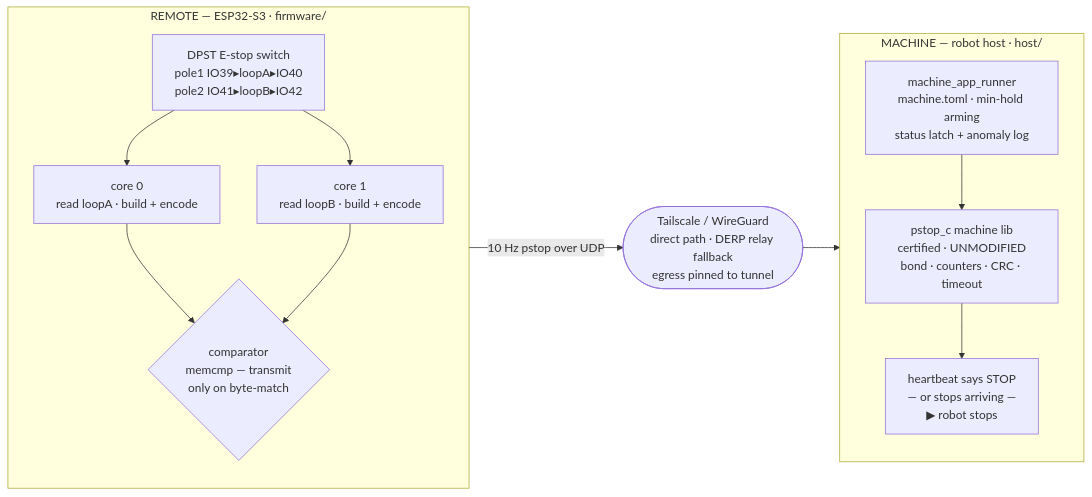
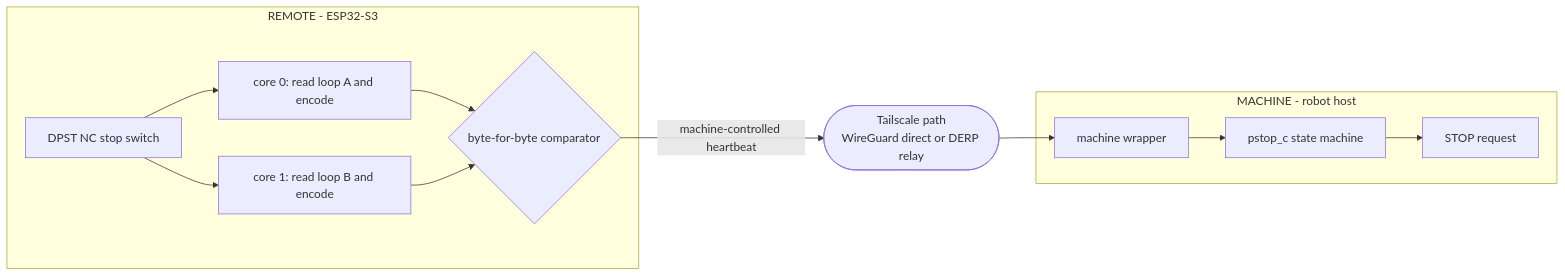
One commit to polymathrobotics/protective-stop changed the diagram in README.md. Above: the diagram before and after it, drawn with Mermaid. The commit also changed other lines of this file and 22 other files, not shown here.

````diff
--- a/README.md
+++ b/README.md
@@ -47,24 +38,22 @@
 ```mermaid
 flowchart LR
-    subgraph REMOTE["REMOTE — ESP32-S3 · firmware/"]
-        direction TB
-        SW["DPST E-stop switch<br/>pole1 IO39▸loopA▸IO40<br/>pole2 IO41▸loopB▸IO42"]
-        C0["core 0<br/>read loopA · build + encode"]
-        C1["core 1<br/>read loopB · build + encode"]
-        CMP{"comparator<br/>memcmp — transmit<br/>only on byte-match"}
+    subgraph REMOTE["REMOTE - ESP32-S3"]
+        SW["DPST NC stop switch"]
+        C0["core 0: read loop A and encode"]
+        C1["core 1: read loop B and encode"]
+        CMP{"byte-for-byte comparator"}
         SW --> C0 --> CMP
         SW --> C1 --> CMP
     end
 
-    NET(["Tailscale / WireGuard<br/>direct path · DERP relay fallback<br/>egress pinned to tunnel"])
+    NET(["Tailscale path<br/>WireGuard direct or DERP relay"])
 
-    subgraph MACHINE["MACHINE — robot host · host/"]
-        direction TB
-        WRAP["machine_app_runner<br/>machine.toml · min-hold arming<br/>status latch + anomaly log"]
-        LIB["pstop_c machine lib<br/>certified · UNMODIFIED<br/>bond · counters · CRC · timeout"]
-        STOP["heartbeat says STOP<br/>— or stops arriving —<br/>▶ robot stops"]
-        WRAP --> LIB --> STOP
+    subgraph MACHINE["MACHINE - robot host"]
+        APP["machine wrapper"]
+        LIB["pstop_c state machine"]
+        STOP["STOP request"]
+        APP --> LIB --> STOP
     end
 
-    CMP -->|"10 Hz pstop over UDP"| NET --> WRAP
+    CMP -->|"machine-controlled heartbeat"| NET --> APP
 ```
````
